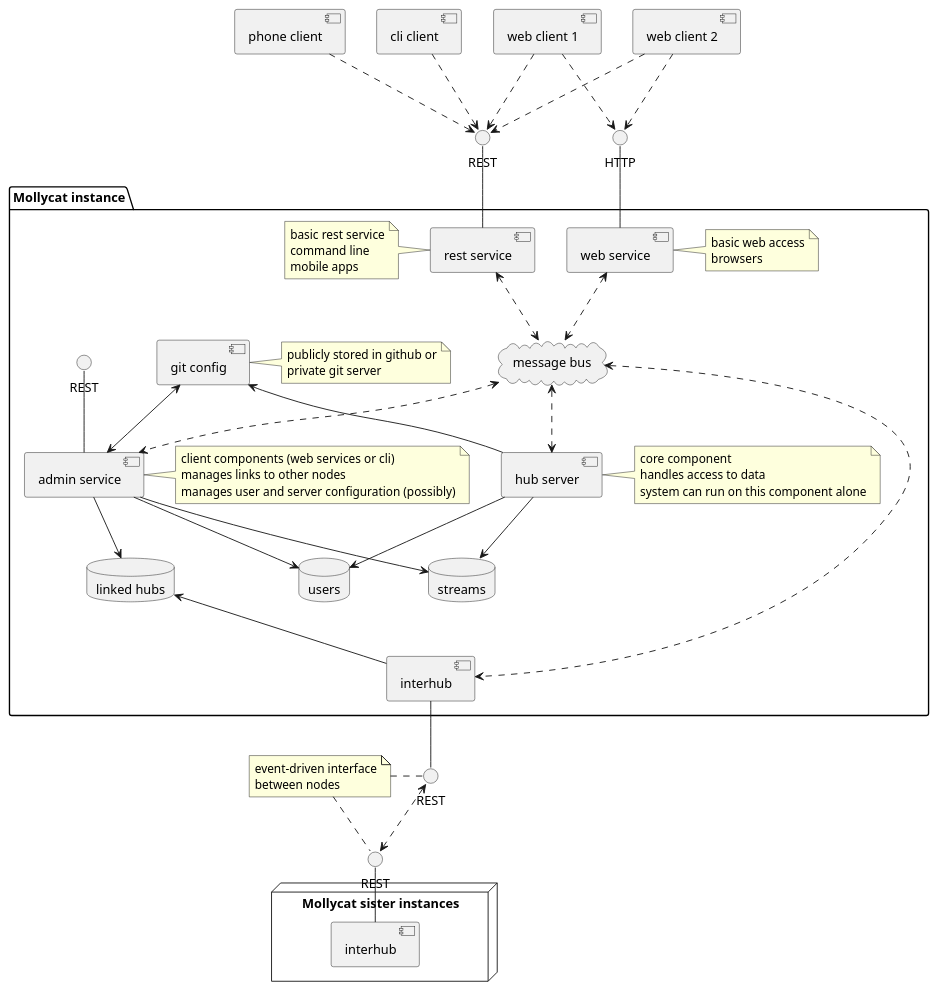
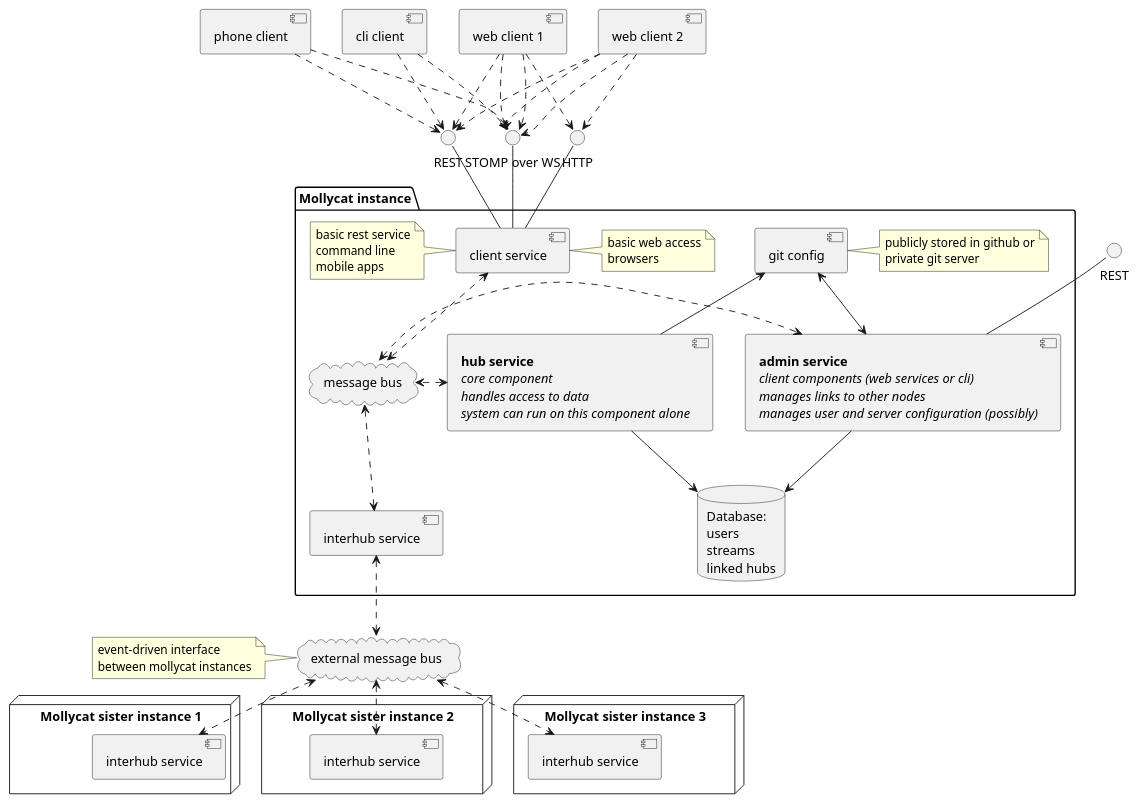
One commit to possemeeg/mollycat changed the diagram in doc/arc.plantuml. Above: the diagram before and after it, drawn with PlantUML. The commit also changed 1 other file, not shown here.

```diff
--- a/doc/arc.plantuml
+++ b/doc/arc.plantuml
@@ -1,80 +1,85 @@
 @startuml
 component [web client 1] as c1
 component [web client 2] as c2
 component [phone client] as pc
 component [cli client] as clic
 interface HTTP as http
 interface REST as rest
+interface "STOMP over WS" as stomp
+interface "REST" as admint
 folder "Mollycat instance" {
-  component [hub server] as hs
-  component [admin service] as as
-  component [web service] as ws
-  component [rest service] as rs
+  component hs [
+  <b>hub service</b>
+  <i>core component</i>
+  <i>handles access to data</i>
+  <i>system can run on this component alone</i>
+  ] 
+  component as [
+  <b>admin service</b>
+  <i>client components (web services or cli)</i>
+  <i>manages links to other nodes</i>
+  <i>manages user and server configuration (possibly)</i>
+  ] 
+  component [client service] as cs
   component [git config] as config
-  database "users" as usrdb
-  database "streams" as strdb
-  database "linked hubs" as lnkdb
+  database "Database:\nusers\nstreams\nlinked hubs" as db
   cloud "message bus" as msg1
-  interface "REST" as admint
-  hs <.up.> msg1
-  as <.up.> msg1
-  hs -down-> usrdb
-  hs -down-> strdb
-  note right of hs
-    core component
-    handles access to data
-    system can run on this component alone
-  end note
-  note right of as
-    client components (web services or cli)
-    manages links to other nodes
-    manages user and server configuration (possibly)
-  end note
-  as -down-> usrdb
-  as -down-> strdb
-  as -down-> lnkdb
+  hs <.right.> msg1
+  as <.left.> msg1
+  hs -down-> db
+  as -down-> db
   as -up- admint
-  ws <..> msg1
-  rs <..> msg1
-  note right of ws
+  cs <..> msg1
+  note right of cs
     basic web access
     browsers
   end note
-  note left of rs
+  note left of cs
     basic rest service
     command line 
     mobile apps
   end note
   note right of config
     publicly stored in github or
     private git server
   end note
   as <-up-> config
   hs -up-> config
-  ws -up- http
-  rs -up- rest
+  cs -up- http
+  cs -up- rest
+  cs -up- stomp
   c1 ..> http
   c2 ..> http
   c1 ..> rest
   c2 ..> rest
   pc ..> rest
   clic ..> rest
-  component [interhub] as ih1
-  ih1 -up-> lnkdb
+  c1 ..> stomp
+  c2 ..> stomp
+  c1 ..> stomp
+  c2 ..> stomp
+  pc ..> stomp
+  clic ..> stomp
+  component [interhub service] as ih1
   ih1 <.up.> msg1
 }
-interface "REST" as intrest1
-ih1 -down- intrest1
-interface "REST" as intrest2
-node "Mollycat sister instances" {
-  component [interhub] as ih2
+cloud "external message bus" as msg2
+ih1 <.down.> msg2
+node "Mollycat sister instance 1" {
+  component [interhub service] as ih2
 }
-ih2 -up- intrest2
-intrest1 <.down.> intrest2
+node "Mollycat sister instance 2" {
+  component [interhub service] as ih3
+}
+node "Mollycat sister instance 3" {
+  component [interhub service] as ih4
+}
+ih2 <.up.> msg2
+ih3 <.up.> msg2
+ih4 <.up.> msg2
 note as innote
 event-driven interface
-between nodes
+between mollycat instances
 end note
-innote .right. intrest1
-innote .right. intrest2
+innote .right. msg2
 @enduml
```
